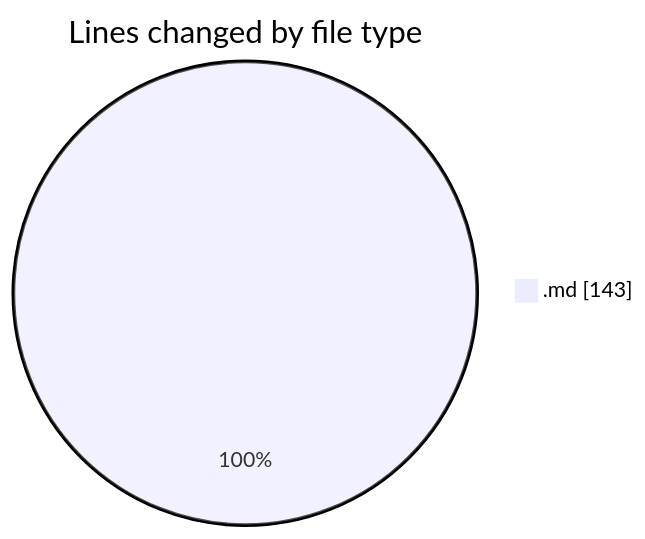
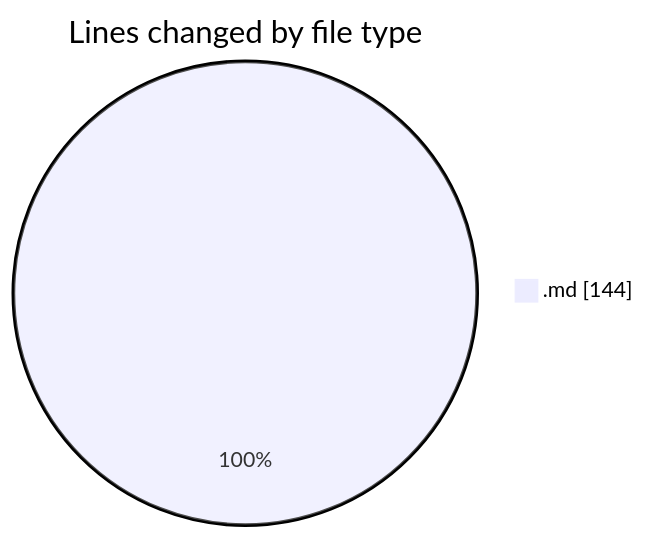
Before and after one commit to Ritupan-Deka/code-tracking: the first of 2 diagrams in 2025-07-11/urlwebwala_intership_work/README.md, drawn with Mermaid. The commit also changed other lines of this file and 1 other file, not shown here.

````diff
--- a/2025-07-11/urlwebwala_intership_work/README.md
+++ b/2025-07-11/urlwebwala_intership_work/README.md
@@ -20,5 +20,5 @@
 ```mermaid
 pie showData
 title Lines changed by file type
-".md" : 143
+".md" : 144
 ```
````
